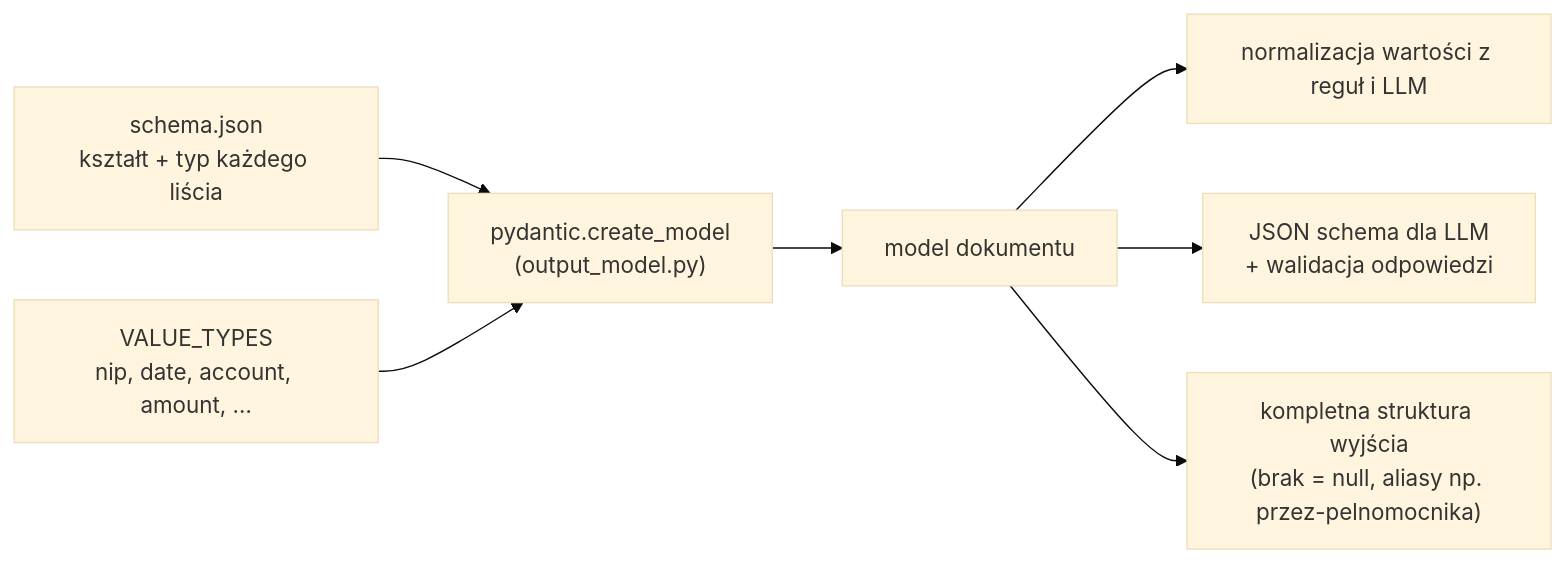
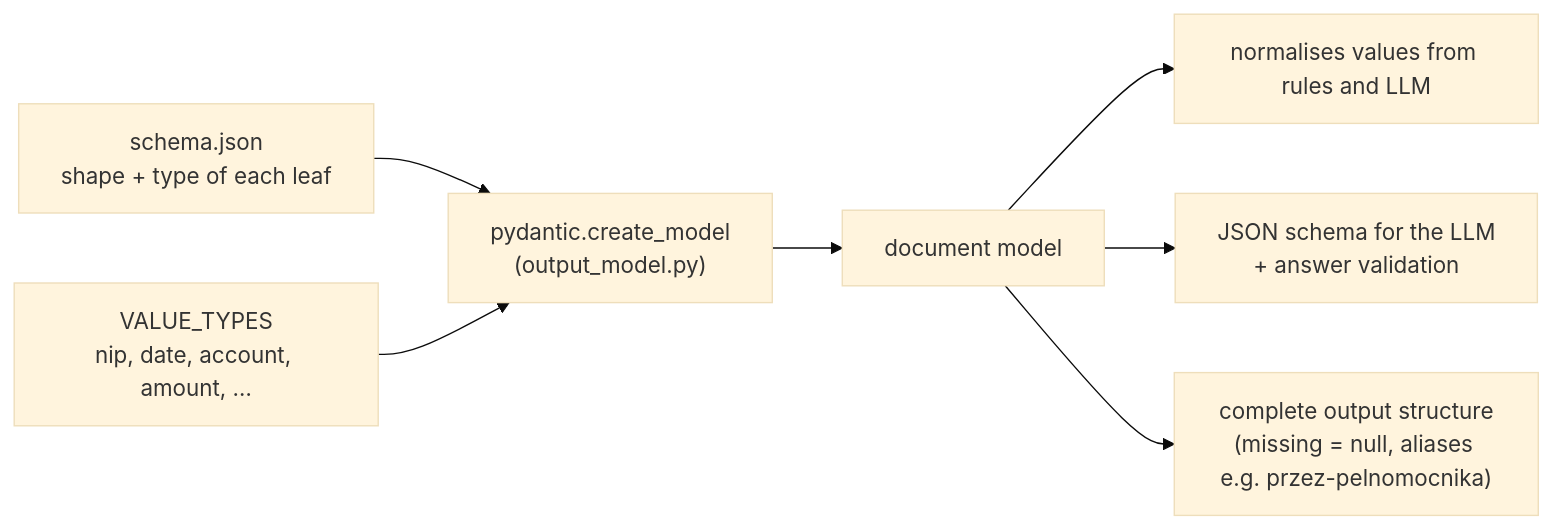
One commit to witold-nowogorski/hacknation--2026 changed the third of 5 diagrams in docs/architecture.md. Above: the diagram before and after it, drawn with Mermaid (base theme). The commit also changed other lines of this file and 7 other files, not shown here.

First line of the commit message:
Run rules-only when LLM_API_KEY is missing

````diff
--- a/docs/architecture.md
+++ b/docs/architecture.md
@@ -133,9 +145,9 @@
 ```mermaid
 flowchart LR
-    Y["schema.json<br/>kształt + typ każdego liścia"] --> CM["pydantic.create_model<br/>(output_model.py)"]
+    Y["schema.json<br/>shape + type of each leaf"] --> CM["pydantic.create_model<br/>(output_model.py)"]
     R["VALUE_TYPES<br/>nip, date, account, amount, …"] --> CM
-    CM --> DM["model dokumentu"]
-    DM --> U1["normalizacja wartości z reguł i LLM"]
-    DM --> U2["JSON schema dla LLM<br/>+ walidacja odpowiedzi"]
-    DM --> U3["kompletna struktura wyjścia<br/>(brak = null, aliasy np. przez-pelnomocnika)"]
+    CM --> DM["document model"]
+    DM --> U1["normalises values from rules and LLM"]
+    DM --> U2["JSON schema for the LLM<br/>+ answer validation"]
+    DM --> U3["complete output structure<br/>(missing = null, aliases e.g. przez-pelnomocnika)"]
 ```
````
